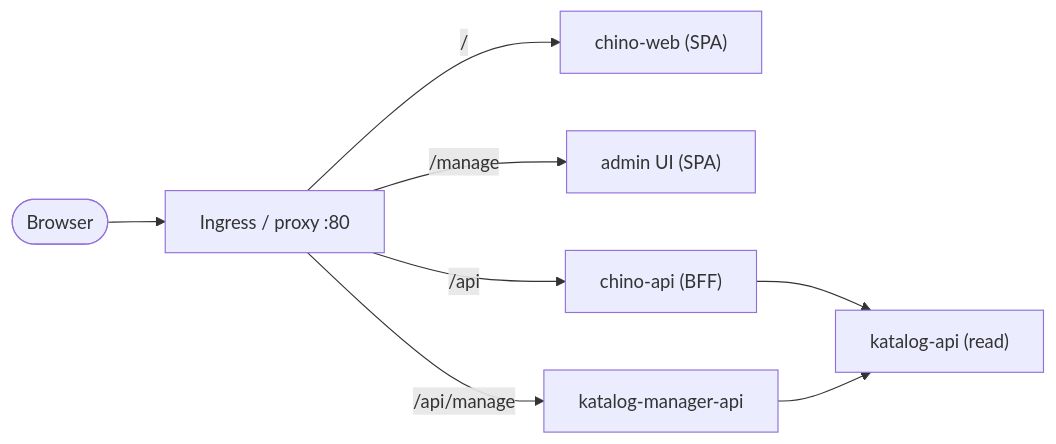
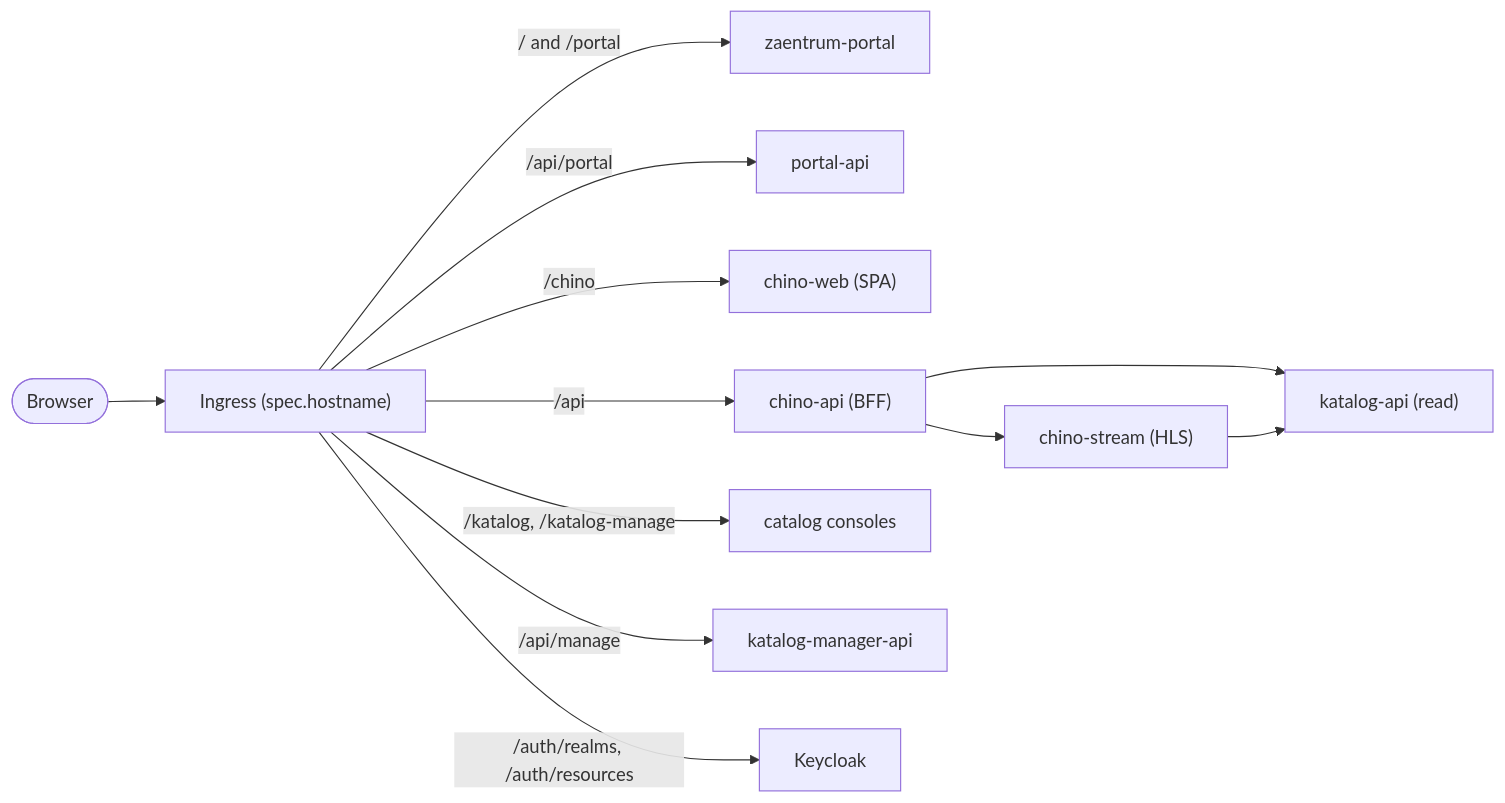
The diagram in README.md (zaentrum/zaentrum-operator), drawn with Mermaid before and after one commit. The commit also changed other lines of this file, not shown here.

First line of the commit message:
docs: the route map and the products are those the chart renders

````diff
--- a/README.md
+++ b/README.md
@@ -142,10 +147,14 @@
 ```mermaid
 flowchart LR
-  user(["Browser"]) --> proxy["Ingress / proxy :80"]
-  proxy -- "/" --> web["chino-web (SPA)"]
-  proxy -- "/manage" --> admin["admin UI (SPA)"]
-  proxy -- "/api" --> api["chino-api (BFF)"]
-  proxy -- "/api/manage" --> mgr["katalog-manager-api"]
+  user(["Browser"]) --> ing["Ingress (spec.hostname)"]
+  ing -- "/ and /portal" --> portal["zaentrum-portal"]
+  ing -- "/api/portal" --> papi["portal-api"]
+  ing -- "/chino" --> web["chino-web (SPA)"]
+  ing -- "/api" --> api["chino-api (BFF)"]
+  ing -- "/katalog, /katalog-manage" --> consoles["catalog consoles"]
+  ing -- "/api/manage" --> mgr["katalog-manager-api"]
+  ing -- "/auth/realms, /auth/resources" --> kc["Keycloak"]
   api --> katalog["katalog-api (read)"]
-  mgr --> katalog
+  api --> stream["chino-stream (HLS)"]
+  stream --> katalog
 ```
````
